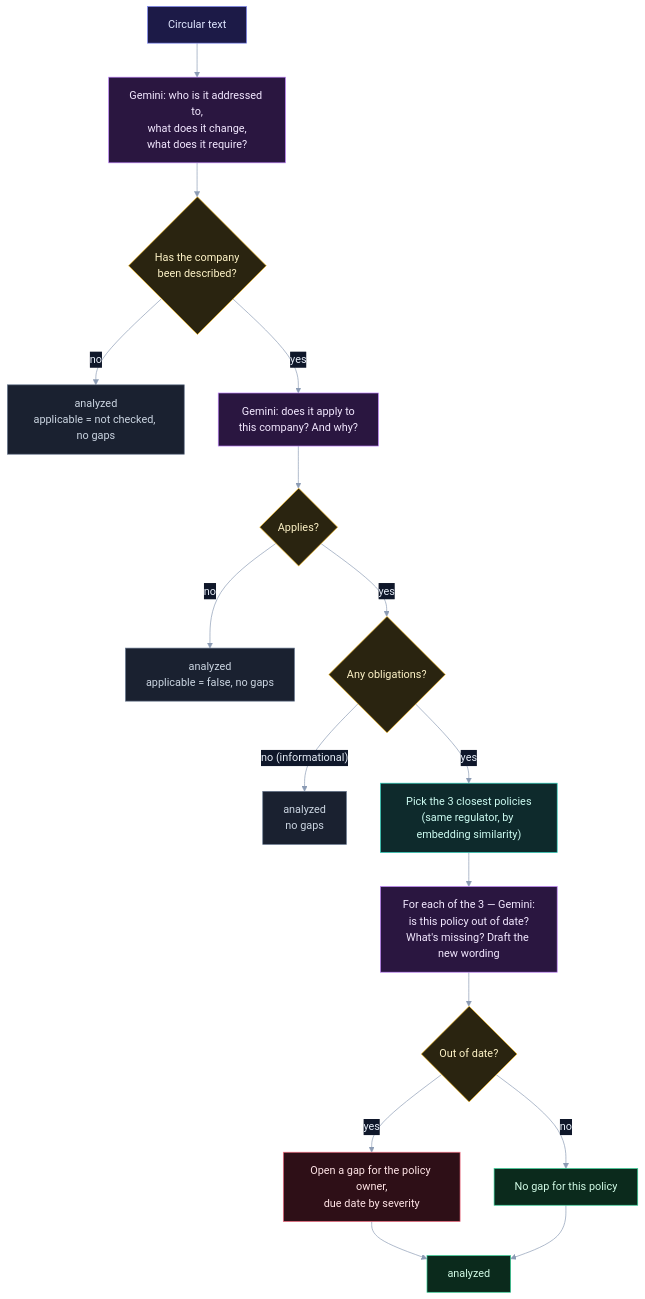
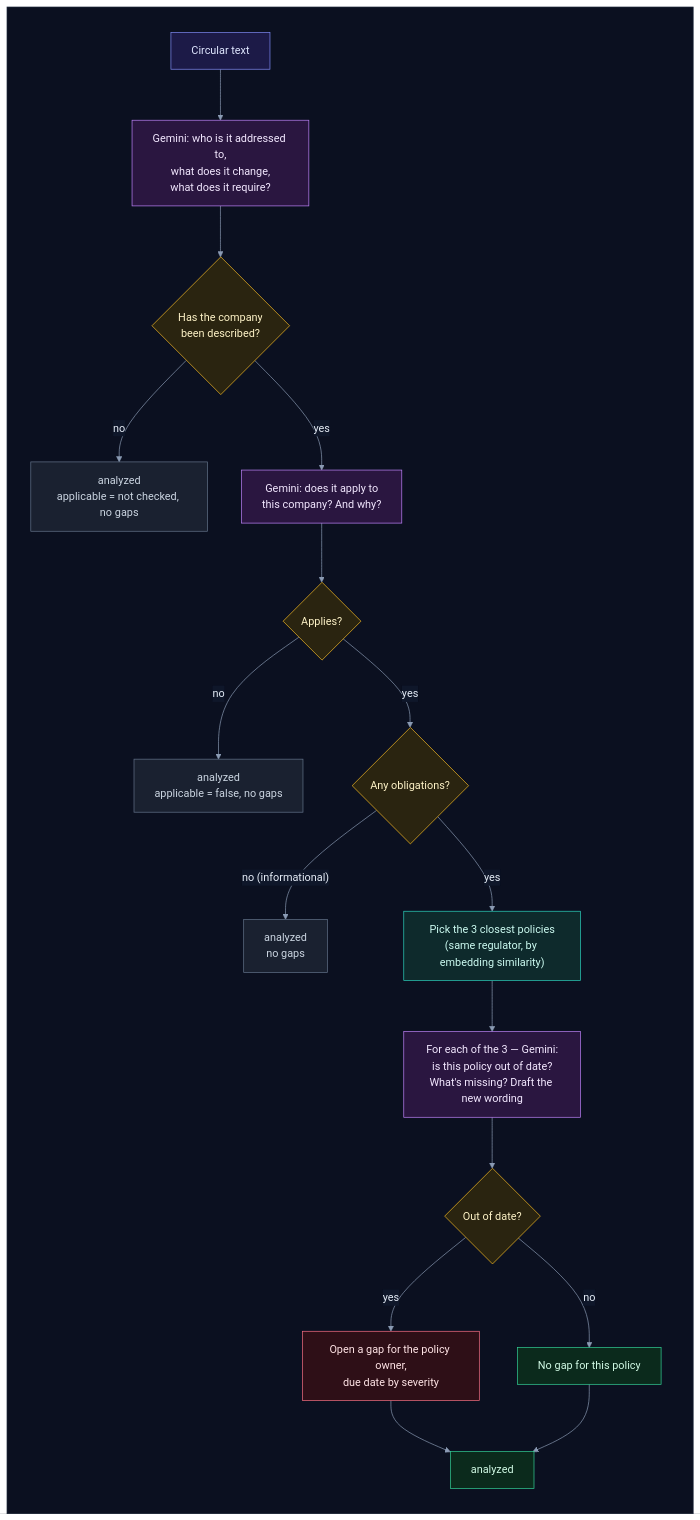
One commit to selvakumarperumal/Regulatory_Circular_Impact_Agent changed the seventh of 21 diagrams in how_it_works.md. Above: the diagram before and after it, drawn with Mermaid. The commit also changed other lines of this file and 1 other file, not shown here.

````diff
--- a/how_it_works.md
+++ b/how_it_works.md
@@ -383,36 +408,40 @@
 ```mermaid
-%%{init: {"theme": "base", "themeVariables": {"darkMode": true, "primaryColor": "#16213a", "primaryTextColor": "#e6edf7", "primaryBorderColor": "#475a7a", "lineColor": "#8b9bb4", "secondaryColor": "#1b2436", "tertiaryColor": "#101a2e", "edgeLabelBackground": "#0f172a", "textColor": "#e2e8f0", "clusterBkg": "#0f1728", "clusterBorder": "#2b3a55", "titleColor": "#c4b5fd", "nodeTextColor": "#e6edf7"}}}%%
+%%{init: {"theme": "base", "flowchart": {"diagramPadding": 0}, "themeVariables": {"darkMode": true, "primaryColor": "#16213a", "primaryTextColor": "#e6edf7", "primaryBorderColor": "#475a7a", "lineColor": "#8b9bb4", "secondaryColor": "#1b2436", "tertiaryColor": "#101a2e", "edgeLabelBackground": "#0f172a", "textColor": "#e2e8f0", "clusterBkg": "#0f1728", "clusterBorder": "#2b3a55", "titleColor": "#c4b5fd", "nodeTextColor": "#e6edf7"}}}%%
 flowchart TD
-    text["Circular text"] --> q1["Gemini: who is it addressed to,<br/>what does it change,<br/>what does it require?"]
-    q1 --> described{"Has the company<br/>been described?"}
-    described -->|no| doneUnknown["analyzed<br/>applicable = not checked, no gaps"]
-    described -->|yes| q2["Gemini: does it apply to<br/>this company? And why?"]
-    q2 --> applies{"Applies?"}
-    applies -->|no| doneNo["analyzed<br/>applicable = false, no gaps"]
-    applies -->|yes| anyReq{"Any obligations?"}
-    anyReq -->|"no (informational)"| doneInfo["analyzed<br/>no gaps"]
-    anyReq -->|yes| match["Pick the 3 closest policies<br/>(same regulator, by embedding similarity)"]
-    match --> q3["For each of the 3 — Gemini:<br/>is this policy out of date?<br/>What's missing? Draft the new wording"]
-    q3 --> impacted{"Out of date?"}
-    impacted -->|yes| gap["Open a gap for the policy owner,<br/>due date by severity"]
-    impacted -->|no| ok["No gap for this policy"]
-    gap --> done["analyzed"]
-    ok --> done
+    subgraph canvas[" "]
+        direction TB
+        text["Circular text"] --> q1["Gemini: who is it addressed to,<br/>what does it change,<br/>what does it require?"]
+        q1 --> described{"Has the company<br/>been described?"}
+        described -->|no| doneUnknown["analyzed<br/>applicable = not checked, no gaps"]
+        described -->|yes| q2["Gemini: does it apply to<br/>this company? And why?"]
+        q2 --> applies{"Applies?"}
+        applies -->|no| doneNo["analyzed<br/>applicable = false, no gaps"]
+        applies -->|yes| anyReq{"Any obligations?"}
+        anyReq -->|"no (informational)"| doneInfo["analyzed<br/>no gaps"]
+        anyReq -->|yes| match["Pick the 3 closest policies<br/>(same regulator, by embedding similarity)"]
+        match --> q3["For each of the 3 — Gemini:<br/>is this policy out of date?<br/>What's missing? Draft the new wording"]
+        q3 --> impacted{"Out of date?"}
+        impacted -->|yes| gap["Open a gap for the policy owner,<br/>due date by severity"]
+        impacted -->|no| ok["No gap for this policy"]
+        gap --> done["analyzed"]
+        ok --> done
+    end
 
     classDef svc fill:#0e2a2c,stroke:#2dd4bf,color:#ccfbf1
     classDef data fill:#1c1a47,stroke:#818cf8,color:#e0e7ff
     classDef ext fill:#2a1640,stroke:#c084fc,color:#f3e8ff
     classDef gpu fill:#2d1b0c,stroke:#fb923c,color:#ffedd5
     classDef ask fill:#2a2410,stroke:#fbbf24,color:#fef3c7
     classDef ok fill:#0b2a1c,stroke:#34d399,color:#d1fae5
     classDef bad fill:#2e0f17,stroke:#fb7185,color:#ffe4e6
     classDef start fill:#1c2a0e,stroke:#a7ef6f,color:#ecfccb
     classDef muted fill:#1a2130,stroke:#64748b,color:#cbd5e1
     class text data
     class q1,q2,q3 ext
     class described,applies,anyReq,impacted ask
     class doneUnknown,doneNo,doneInfo muted
     class match svc
     class gap bad
     class ok,done ok
+    style canvas fill:#0b1020,stroke:#1e293b,color:#0b1020
 ```
````
